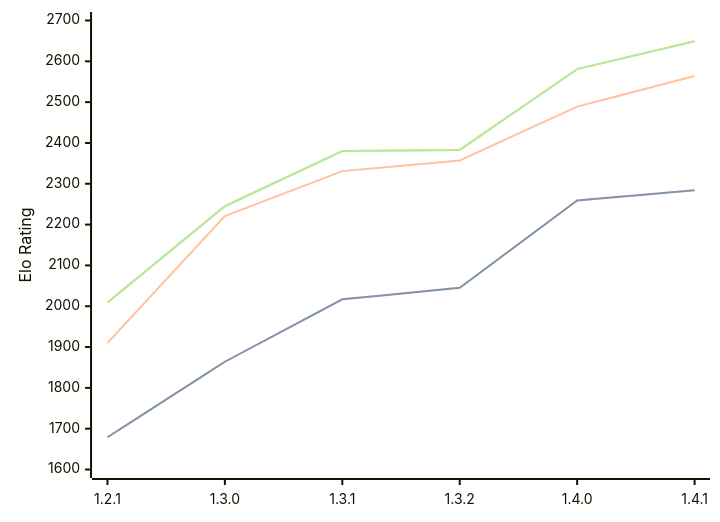
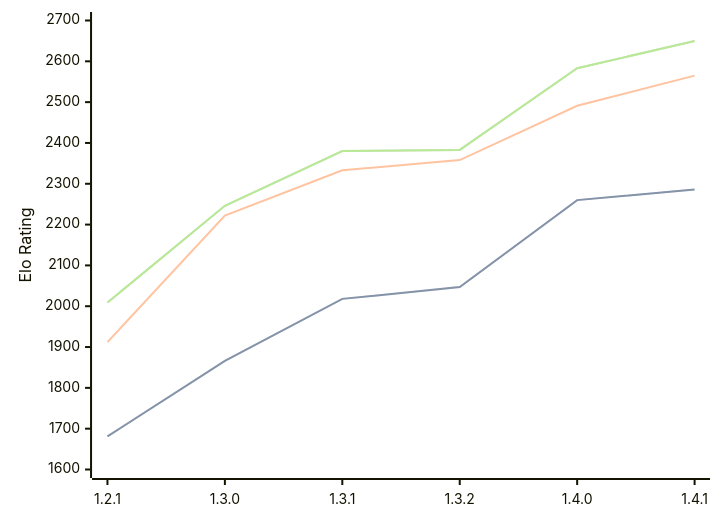
One commit to computer-chess-index/cci changed the diagram in engines/Chal.md. Above: the diagram before and after it, drawn with Mermaid. The commit also changed other lines of this file, not shown here.

Commit message:
Update CCI Ratings (ELO VLTC) - 2026-08-26

````diff
--- a/engines/Chal.md
+++ b/engines/Chal.md
@@ -36,11 +36,11 @@
 ```mermaid
 %%{init: {"theme":"base","themeVariables":{"seriesColors:['#a3a3a3','#222221','#faa371']}}}%%
 xychart-beta
   x-axis ["1.2.1", "1.3.0", "1.3.1", "1.3.2", "1.4.0", "1.4.1"]
   y-axis "Elo Rating" 1600 --> 2700
-  line "STC (8.0+0.08s)" [1679, 1864, 2017, 2045, 2259, 2284]
-  line "STC (8.0+0.08s)" [1679, 1864, 2017, 2045, 2259, 2284]
-  line "LTC (60.0+0.60s)" [1910, 2221, 2331, 2357, 2489, 2564]
-  line "VLTC (2m24s+1.12s)" [2009, 2245, 2380, 2383, 2581, 2649]
-  line "VLTC (2m24s+1.12s)" [2009, 2245, 2380, 2383, 2581, 2649]
+  line "STC (8.0+0.08s)" [1681, 1866, 2018, 2047, 2260, 2286]
+  line "STC (8.0+0.08s)" [1681, 1866, 2018, 2047, 2260, 2286]
+  line "LTC (60.0+0.60s)" [1912, 2222, 2333, 2358, 2491, 2565]
+  line "VLTC (2m24s+1.12s)" [2009, 2246, 2380, 2383, 2583, 2650]
+  line "VLTC (2m24s+1.12s)" [2009, 2246, 2380, 2383, 2583, 2650]
 ```
````
